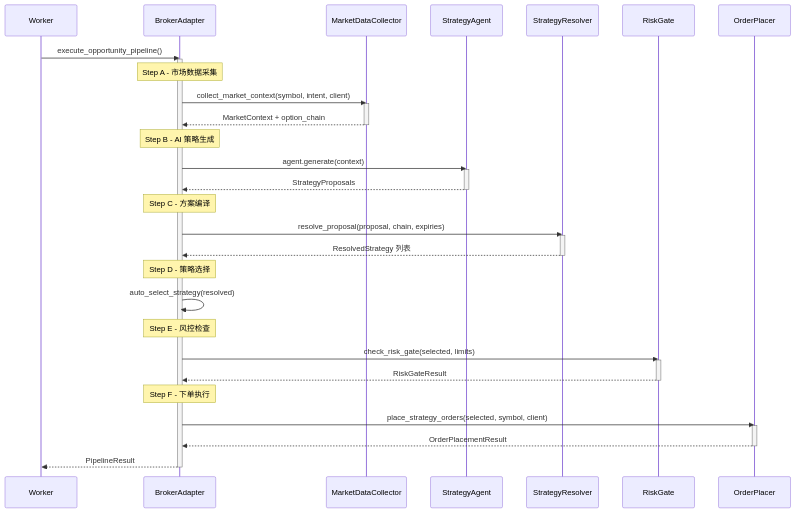
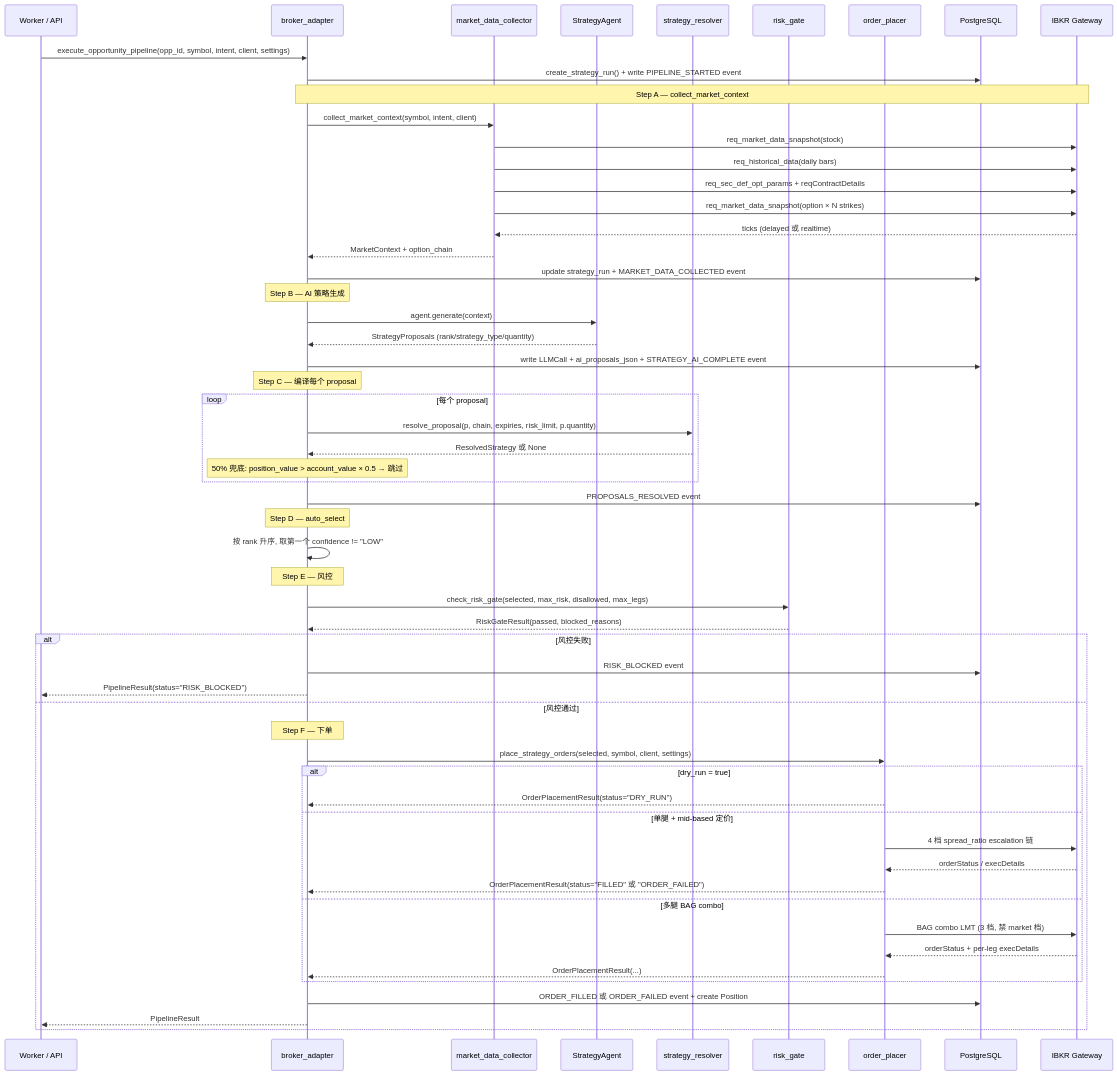
The first of 3 diagrams in docs/options-trader/05_execution.md (ChunmiaoYu/Projects-Wiki), drawn with Mermaid before and after one commit. The commit also changed other lines of this file and 8 other files, not shown here.

````diff
--- a/docs/options-trader/05_execution.md
+++ b/docs/options-trader/05_execution.md
@@ -45,49 +126,66 @@
 ```mermaid
 sequenceDiagram
-    participant W as Worker
-    participant BA as BrokerAdapter
-    participant MDC as MarketDataCollector
+    participant W as Worker / API
+    participant BA as broker_adapter
+    participant MDC as market_data_collector
     participant SA as StrategyAgent
-    participant SR as StrategyResolver
-    participant RG as RiskGate
-    participant OP as OrderPlacer
+    participant SR as strategy_resolver
+    participant RG as risk_gate
+    participant OP as order_placer
+    participant DB as PostgreSQL
+    participant IB as IBKR Gateway
 
-    W->>BA: execute_opportunity_pipeline()
-    activate BA
+    W->>BA: execute_opportunity_pipeline(opp_id, symbol, intent, client, settings)
+    BA->>DB: create_strategy_run() + write PIPELINE_STARTED event
 
-    Note over BA: Step A - 市场数据采集
+    Note over BA,IB: Step A — collect_market_context
     BA->>MDC: collect_market_context(symbol, intent, client)
-    activate MDC
+    MDC->>IB: req_market_data_snapshot(stock)
+    MDC->>IB: req_historical_data(daily bars)
+    MDC->>IB: req_sec_def_opt_params + reqContractDetails
+    MDC->>IB: req_market_data_snapshot(option × N strikes)
+    IB-->>MDC: ticks (delayed 或 realtime)
     MDC-->>BA: MarketContext + option_chain
-    deactivate MDC
+    BA->>DB: update strategy_run + MARKET_DATA_COLLECTED event
 
-    Note over BA: Step B - AI 策略生成
+    Note over BA: Step B — AI 策略生成
     BA->>SA: agent.generate(context)
-    activate SA
-    SA-->>BA: StrategyProposals
-    deactivate SA
+    SA-->>BA: StrategyProposals (rank/strategy_type/quantity)
+    BA->>DB: write LLMCall + ai_proposals_json + STRATEGY_AI_COMPLETE event
 
-    Note over BA: Step C - 方案编译
-    BA->>SR: resolve_proposal(proposal, chain, expiries)
-    activate SR
-    SR-->>BA: ResolvedStrategy 列表
-    deactivate SR
+    Note over BA: Step C — 编译每个 proposal
+    loop 每个 proposal
+        BA->>SR: resolve_proposal(p, chain, expiries, risk_limit, p.quantity)
+        SR-->>BA: ResolvedStrategy 或 None
+        Note over BA: 50% 兜底: position_value > account_value × 0.5 → 跳过
+    end
+    BA->>DB: PROPOSALS_RESOLVED event
 
-    Note over BA: Step D - 策略选择
-    BA->>BA: auto_select_strategy(resolved)
+    Note over BA: Step D — auto_select
+    BA->>BA: 按 rank 升序, 取第一个 confidence != "LOW"
 
-    Note over BA: Step E - 风控检查
-    BA->>RG: check_risk_gate(selected, limits)
-    activate RG
-    RG-->>BA: RiskGateResult
-    deactivate RG
+    Note over BA: Step E — 风控
+    BA->>RG: check_risk_gate(selected, max_risk, disallowed, max_legs)
+    RG-->>BA: RiskGateResult(passed, blocked_reasons)
 
-    Note over BA: Step F - 下单执行
-    BA->>OP: place_strategy_orders(selected, symbol, client)
-    activate OP
-    OP-->>BA: OrderPlacementResult
-    deactivate OP
-
-    BA-->>W: PipelineResult
-    deactivate BA
+    alt 风控失败
+        BA->>DB: RISK_BLOCKED event
+        BA-->>W: PipelineResult(status="RISK_BLOCKED")
+    else 风控通过
+        Note over BA: Step F — 下单
+        BA->>OP: place_strategy_orders(selected, symbol, client, settings)
+        alt dry_run = true
+            OP-->>BA: OrderPlacementResult(status="DRY_RUN")
+        else 单腿 + mid-based 定价
+            OP->>IB: 4 档 spread_ratio escalation 链
+            IB-->>OP: orderStatus / execDetails
+            OP-->>BA: OrderPlacementResult(status="FILLED" 或 "ORDER_FAILED")
+        else 多腿 BAG combo
+            OP->>IB: BAG combo LMT (3 档, 禁 market 档)
+            IB-->>OP: orderStatus + per-leg execDetails
+            OP-->>BA: OrderPlacementResult(...)
+        end
+        BA->>DB: ORDER_FILLED 或 ORDER_FAILED event + create Position
+        BA-->>W: PipelineResult
+    end
 ```
````
